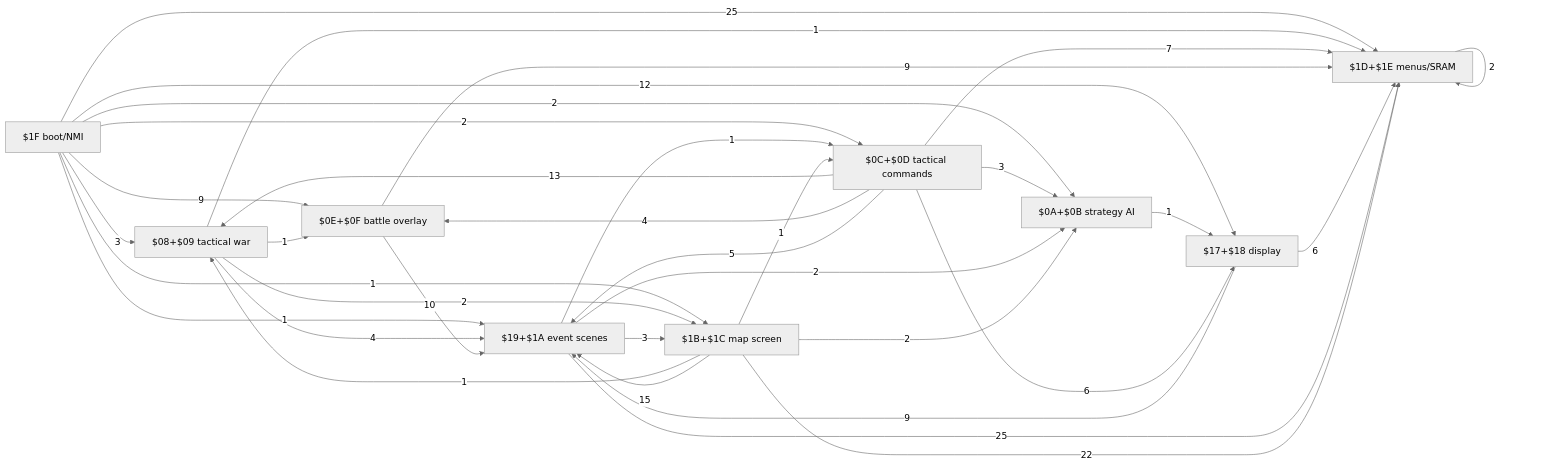
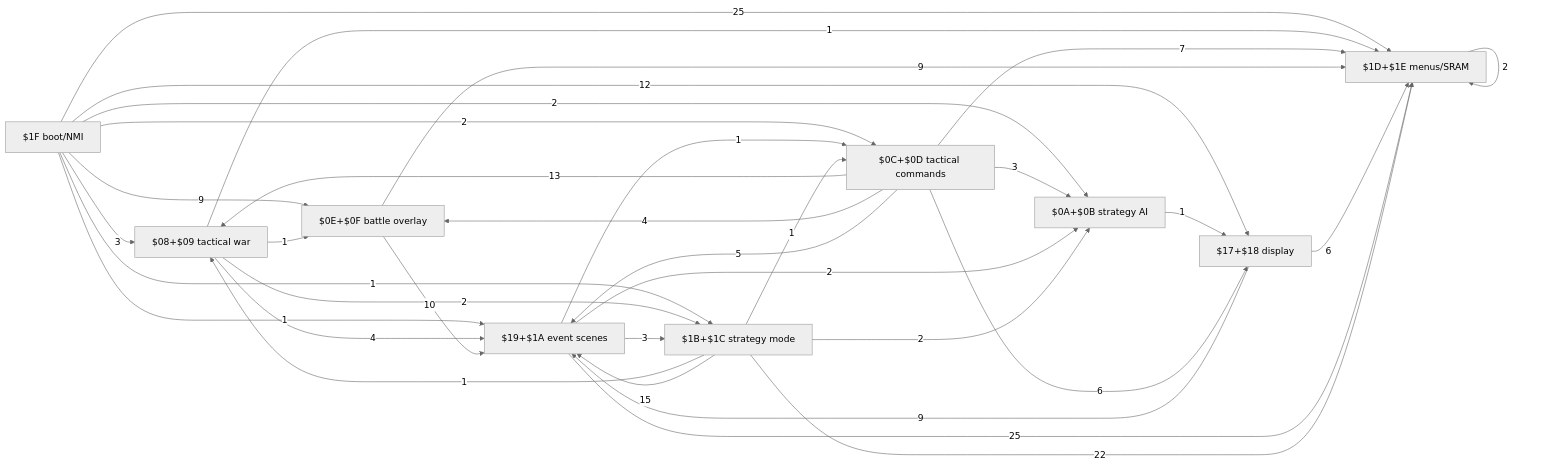
One commit to rabbyzero/sango2dasm changed the first of 2 diagrams in code/bank_switch_map.md. Above: the diagram before and after it, drawn with Mermaid (neutral theme). The commit also changed other lines of this file and 39 other files, not shown here.

````diff
--- a/code/bank_switch_map.md
+++ b/code/bank_switch_map.md
@@ -480,44 +484,44 @@
 ```mermaid
 graph LR
   B1F["$1F boot/NMI"] -->|3| B08["$08+$09 tactical war"]
   B1F -->|2| B0A["$0A+$0B strategy AI"]
   B1F -->|2| B0C["$0C+$0D tactical commands"]
   B1F -->|9| B0E["$0E+$0F battle overlay"]
   B1F -->|12| B17["$17+$18 display"]
   B1F -->|1| B19["$19+$1A event scenes"]
-  B1F -->|1| B1B["$1B+$1C map screen"]
+  B1F -->|1| B1B["$1B+$1C strategy mode"]
   B1F -->|25| B1D["$1D+$1E menus/SRAM"]
 
   B08 -->|1| B0E
   B08 -->|4| B19
   B08 -->|2| B1B
   B08 -->|1| B1D
 
   B0A -->|1| B17
 
   B0C -->|13| B08
   B0C -->|3| B0A
   B0C -->|4| B0E
   B0C -->|6| B17
   B0C -->|5| B19
   B0C -->|7| B1D
 
   B0E -->|10| B19
   B0E -->|9| B1D
 
   B17 -->|9| B19
   B17 -->|6| B1D
 
   B19 -->|2| B0A
   B19 -->|1| B0C
   B19 -->|3| B1B
   B19 -->|25| B1D
 
   B1B -->|1| B08
   B1B -->|2| B0A
   B1B -->|1| B0C
   B1B -->|15| B19
   B1B -->|22| B1D
 
   B1D -->|2| B1D
 ```
````
